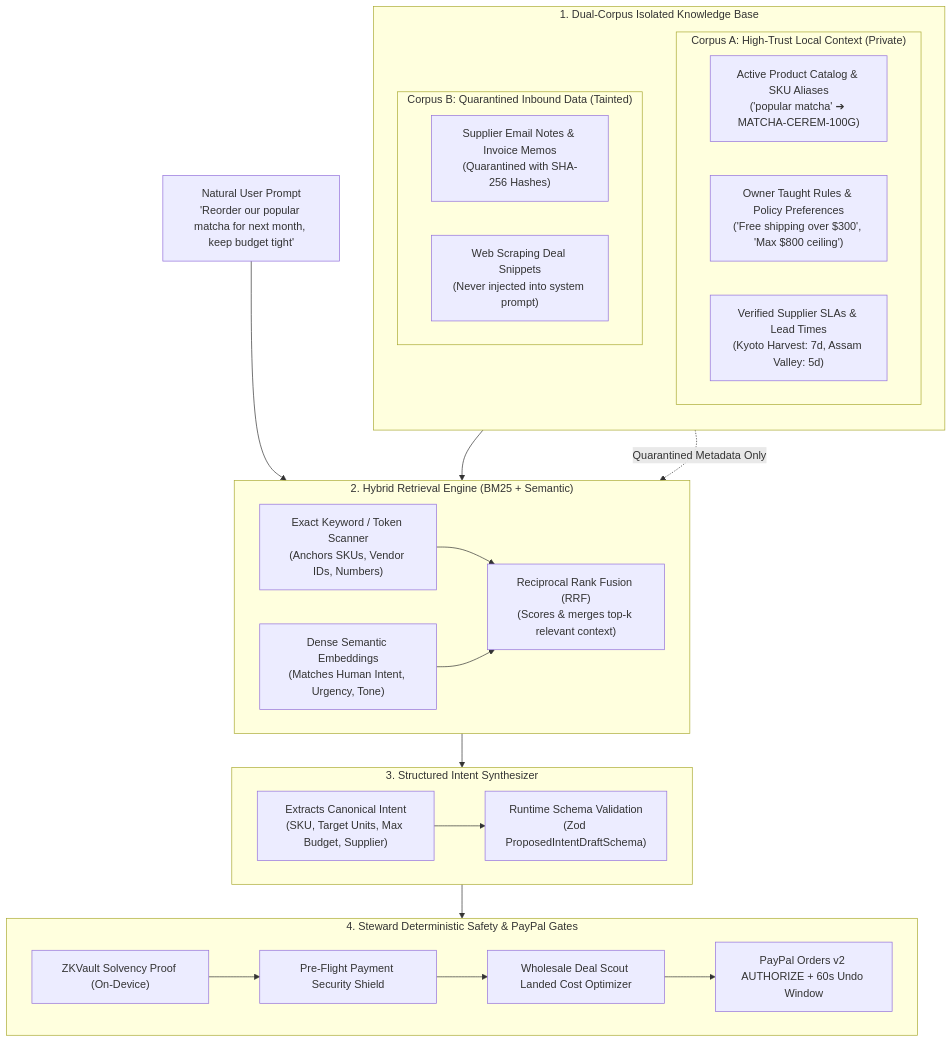
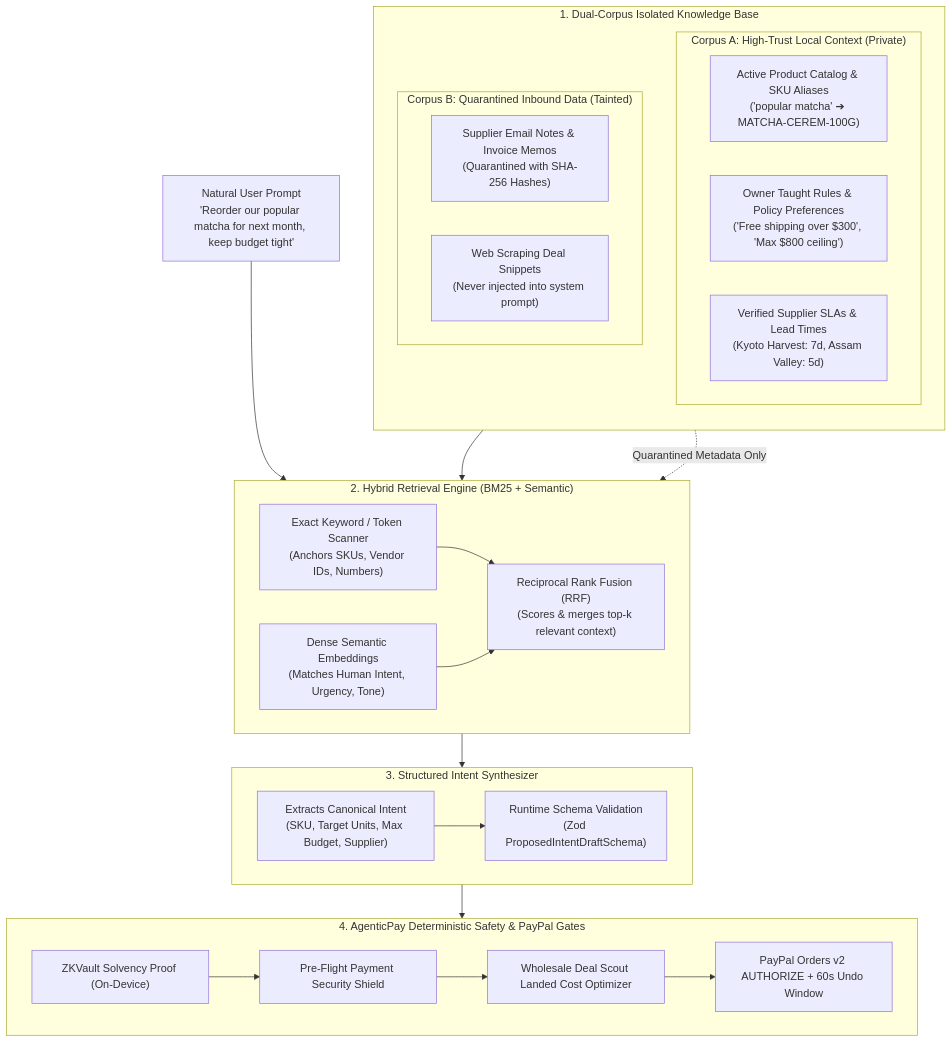
One commit to rushil23shah-hue/accounter-agent- changed the diagram in docs/dynamic-financial-intent-rag-blueprint.md. Above: the diagram before and after it, drawn with Mermaid. The commit also changed other lines of this file and 27 other files, not shown here.

Commit message:
refactor: rename system from Steward to AgenticPay across codebase, docs, and tests

````diff
--- a/docs/dynamic-financial-intent-rag-blueprint.md
+++ b/docs/dynamic-financial-intent-rag-blueprint.md
@@ -52,45 +52,45 @@
 ```mermaid
 flowchart TD
     UserPrompt["Natural User Prompt\n'Reorder our popular matcha for next month, keep budget tight'"]
 
     subgraph DualCorpus["1. Dual-Corpus Isolated Knowledge Base"]
         direction TB
         subgraph CorpusA["Corpus A: High-Trust Local Context (Private)"]
             A1["Active Product Catalog & SKU Aliases\n('popular matcha' ➔ MATCHA-CEREM-100G)"]
             A2["Owner Taught Rules & Policy Preferences\n('Free shipping over $300', 'Max $800 ceiling')"]
             A3["Verified Supplier SLAs & Lead Times\n(Kyoto Harvest: 7d, Assam Valley: 5d)"]
         end
 
         subgraph CorpusB["Corpus B: Quarantined Inbound Data (Tainted)"]
             B1["Supplier Email Notes & Invoice Memos\n(Quarantined with SHA-256 Hashes)"]
             B2["Web Scraping Deal Snippets\n(Never injected into system prompt)"]
         end
     end
 
     subgraph HybridEngine["2. Hybrid Retrieval Engine (BM25 + Semantic)"]
         H1["Exact Keyword / Token Scanner\n(Anchors SKUs, Vendor IDs, Numbers)"]
         H2["Dense Semantic Embeddings\n(Matches Human Intent, Urgency, Tone)"]
         H3["Reciprocal Rank Fusion (RRF)\n(Scores & merges top-k relevant context)"]
         H1 & H2 --> H3
     end
 
     subgraph Synthesis["3. Structured Intent Synthesizer"]
         S1["Extracts Canonical Intent\n(SKU, Target Units, Max Budget, Supplier)"]
         S2["Runtime Schema Validation\n(Zod ProposedIntentDraftSchema)"]
         S1 --> S2
     end
 
-    subgraph StewardGates["4. Steward Deterministic Safety & PayPal Gates"]
+    subgraph AgenticPayGates["4. AgenticPay Deterministic Safety & PayPal Gates"]
         G1["ZKVault Solvency Proof (On-Device)"]
         G2["Pre-Flight Payment Security Shield"]
         G3["Wholesale Deal Scout Landed Cost Optimizer"]
         G4["PayPal Orders v2 AUTHORIZE + 60s Undo Window"]
         G1 --> G2 --> G3 --> G4
     end
 
     UserPrompt --> HybridEngine
     CorpusA --> HybridEngine
     CorpusB -.->|Quarantined Metadata Only| HybridEngine
     HybridEngine --> Synthesis
-    Synthesis --> StewardGates
+    Synthesis --> AgenticPayGates
 ```
````
